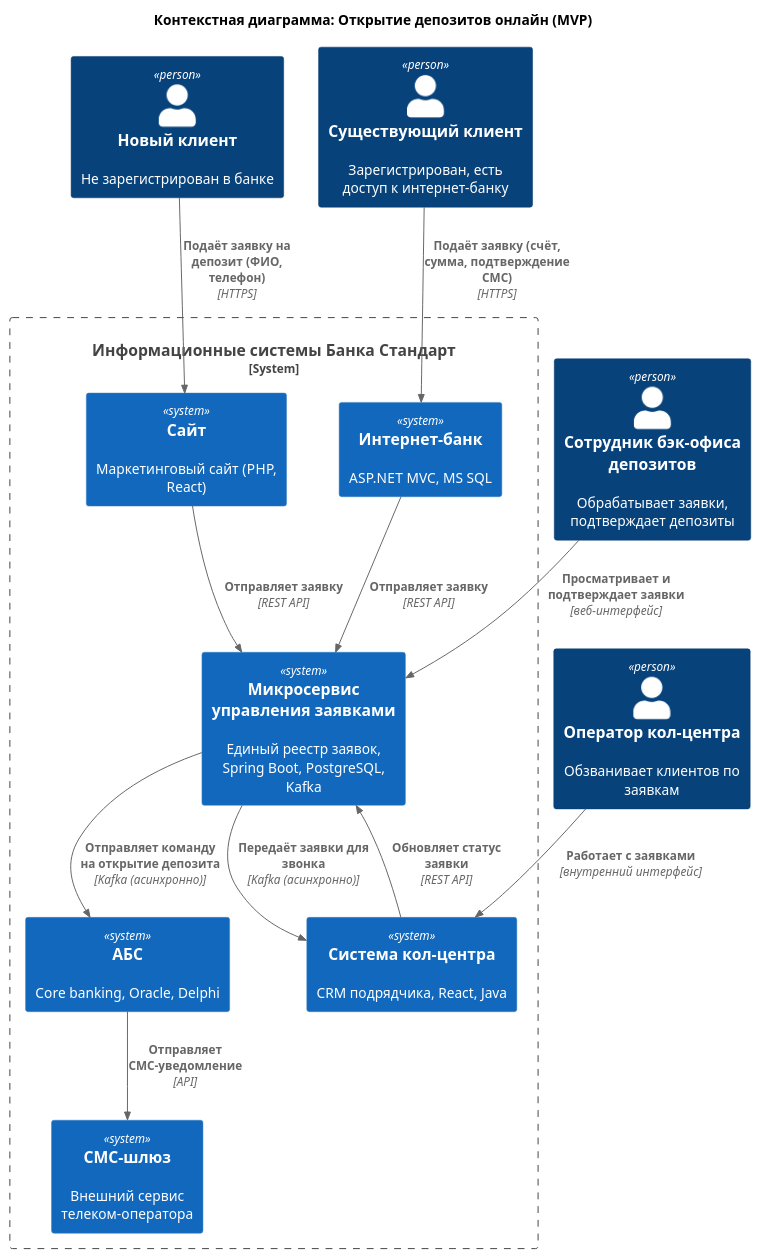
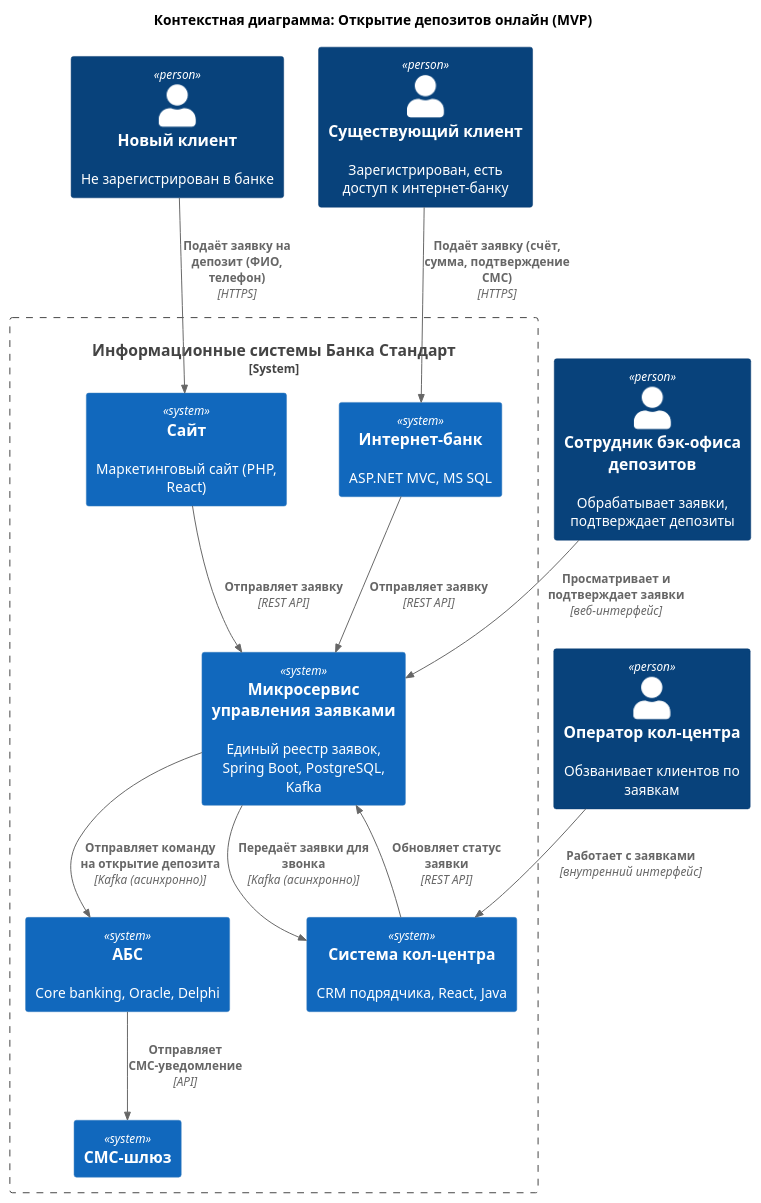
Before and after one commit to afakhrieva/architecture-pro-standart: the diagram in Task3/c4/contex_diagram_MVP.puml, drawn with PlantUML. The commit also changed 9 other files, not shown here.

```diff
--- a/Task3/c4/contex_diagram_MVP.puml
+++ b/Task3/c4/contex_diagram_MVP.puml
@@ -1,34 +1,34 @@
 @startuml
 title Контекстная диаграмма: Открытие депозитов онлайн (MVP)
 
 top to bottom direction
 
 !include <C4/C4_Context>
 !include <C4/C4_Container>
 
 Person(new_client, "Новый клиент", "Не зарегистрирован в банке")
 Person(existing_client, "Существующий клиент", "Зарегистрирован, есть доступ к интернет-банку")
 Person(call_operator, "Оператор кол-центра", "Обзванивает клиентов по заявкам")
 Person(dep_back, "Сотрудник бэк-офиса депозитов", "Обрабатывает заявки, подтверждает депозиты")
 
 System_Boundary(bank, "Информационные системы Банка Стандарт") {
     System(site, "Сайт", "Маркетинговый сайт (PHP, React)")
     System(ib, "Интернет-банк", "ASP.NET MVC, MS SQL")
     System(claim_ms, "Микросервис управления заявками", "Единый реестр заявок, Spring Boot, PostgreSQL, Kafka")
     System(abs, "АБС", "Core banking, Oracle, Delphi")
     System(cc, "Система кол-центра", "CRM подрядчика, React, Java")
-    System(sms, "СМС-шлюз", "Внешний сервис телеком-оператора")
+    System(sms, "СМС-шлюз")
 }
 
 Rel(new_client, site, "Подаёт заявку на депозит (ФИО, телефон)", "HTTPS")
 Rel(existing_client, ib, "Подаёт заявку (счёт, сумма, подтверждение СМС)", "HTTPS")
 Rel(site, claim_ms, "Отправляет заявку", "REST API")
 Rel(ib, claim_ms, "Отправляет заявку", "REST API")
 Rel(claim_ms, cc, "Передаёт заявки для звонка", "Kafka (асинхронно)")
 Rel(call_operator, cc, "Работает с заявками", "внутренний интерфейс")
 Rel(cc, claim_ms, "Обновляет статус заявки", "REST API")
 Rel(dep_back, claim_ms, "Просматривает и подтверждает заявки", "веб-интерфейс")
 Rel(claim_ms, abs, "Отправляет команду на открытие депозита", "Kafka (асинхронно)")
 Rel(abs, sms, "Отправляет СМС-уведомление", "API")
 
 @enduml
```
